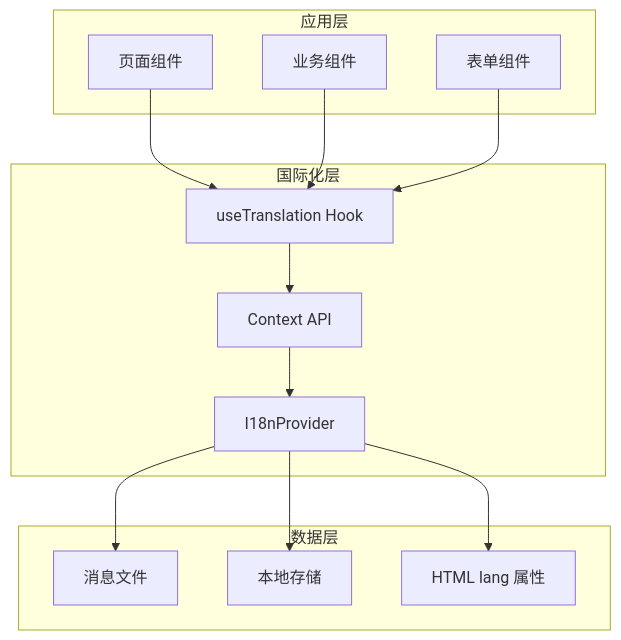
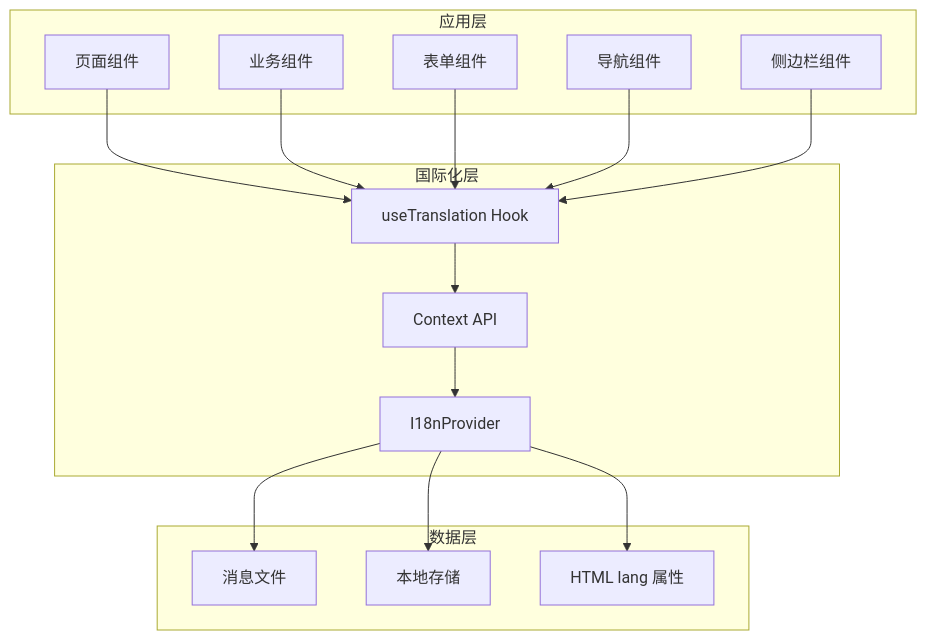
Before and after one commit to RadiumAg/AIGate: the second of 6 diagrams in .qoder/repowiki/zh/content/开发指南/国际化系统.md, drawn with Mermaid. The commit also changed other lines of this file and 9 other files, not shown here.

````diff
--- a/.qoder/repowiki/zh/content/开发指南/国际化系统.md
+++ b/.qoder/repowiki/zh/content/开发指南/国际化系统.md
@@ -158,26 +167,30 @@
 ```mermaid
 graph TD
 subgraph "应用层"
 A[页面组件]
 B[业务组件]
 C[表单组件]
+D[导航组件]
+E[侧边栏组件]
 end
 subgraph "国际化层"
-D[I18nProvider]
-E[useTranslation Hook]
-F[Context API]
+F[I18nProvider]
+G[useTranslation Hook]
+H[Context API]
 end
 subgraph "数据层"
-G[消息文件]
-H[本地存储]
-I[HTML lang 属性]
+I[消息文件]
+J[本地存储]
+K[HTML lang 属性]
 end
-A --> E
-B --> E
-C --> E
-E --> F
-F --> D
+A --> G
+B --> G
+C --> G
 D --> G
-D --> H
-D --> I
+E --> G
+G --> H
+H --> F
+F --> I
+F --> J
+F --> K
 ```
````
